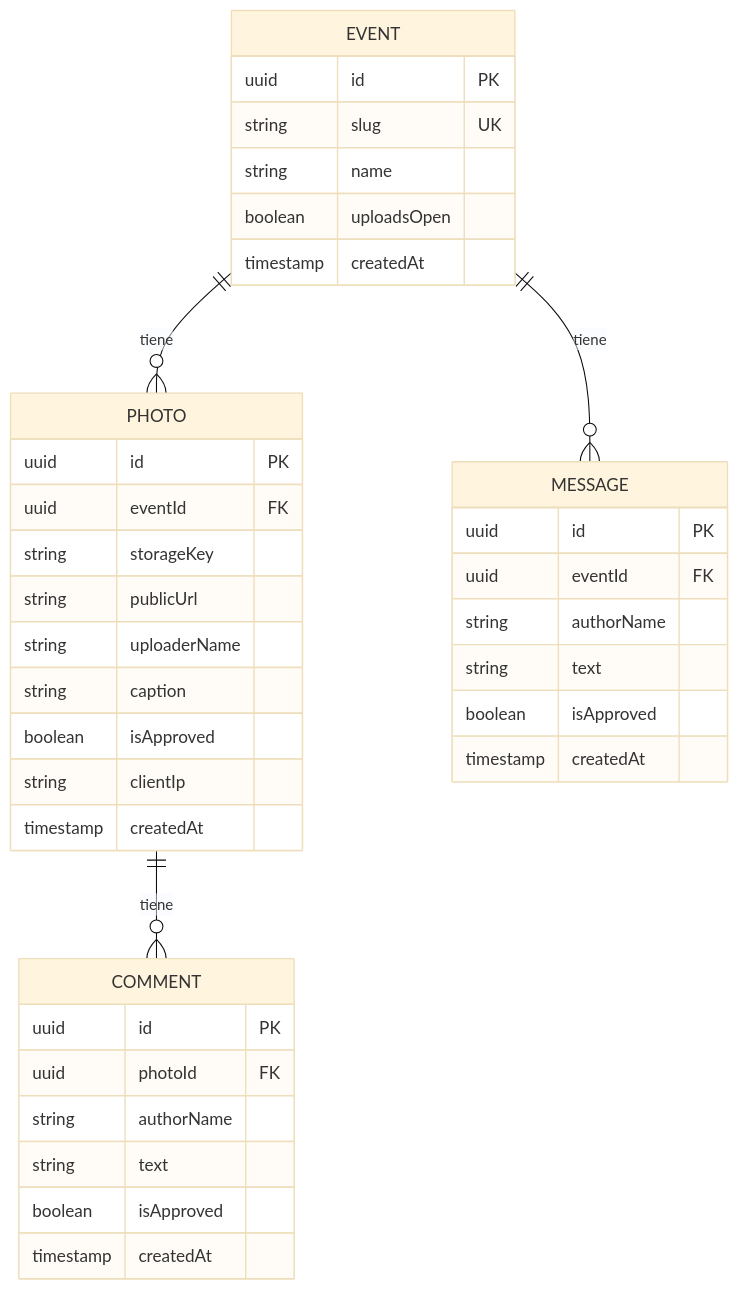
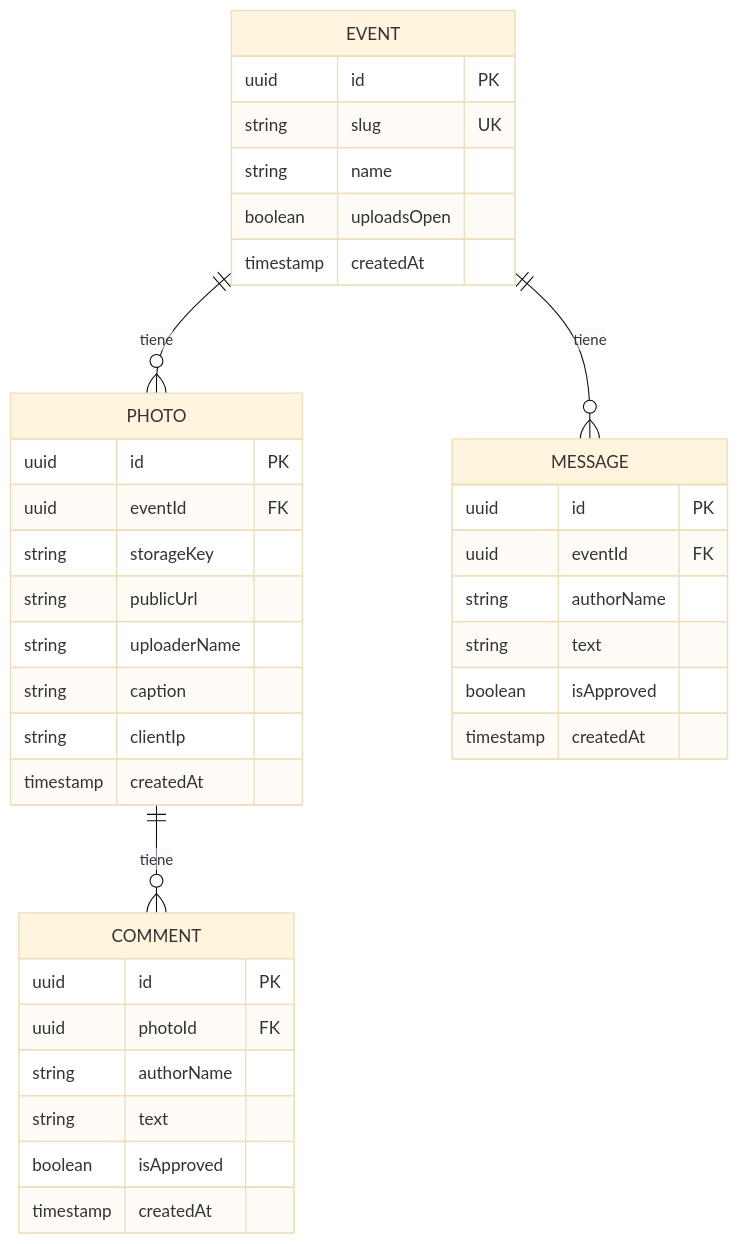
One commit to CristianBurgi/MarcosYpriscila changed the second of 3 diagrams in README.md. Above: the diagram before and after it, drawn with Mermaid (base theme). The commit also changed other lines of this file and 1 other file, not shown here.

````diff
--- a/README.md
+++ b/README.md
@@ -284,41 +285,40 @@
 ```mermaid
 erDiagram
     EVENT {
         uuid id PK
         string slug UK
         string name
         boolean uploadsOpen
         timestamp createdAt
     }
     PHOTO {
         uuid id PK
         uuid eventId FK
         string storageKey
         string publicUrl
         string uploaderName
         string caption
-        boolean isApproved
         string clientIp
         timestamp createdAt
     }
     COMMENT {
         uuid id PK
         uuid photoId FK
         string authorName
         string text
         boolean isApproved
         timestamp createdAt
     }
     MESSAGE {
         uuid id PK
         uuid eventId FK
         string authorName
         string text
         boolean isApproved
         timestamp createdAt
     }
 
     EVENT ||--o{ PHOTO : "tiene"
     EVENT ||--o{ MESSAGE : "tiene"
     PHOTO ||--o{ COMMENT : "tiene"
 ```
````
